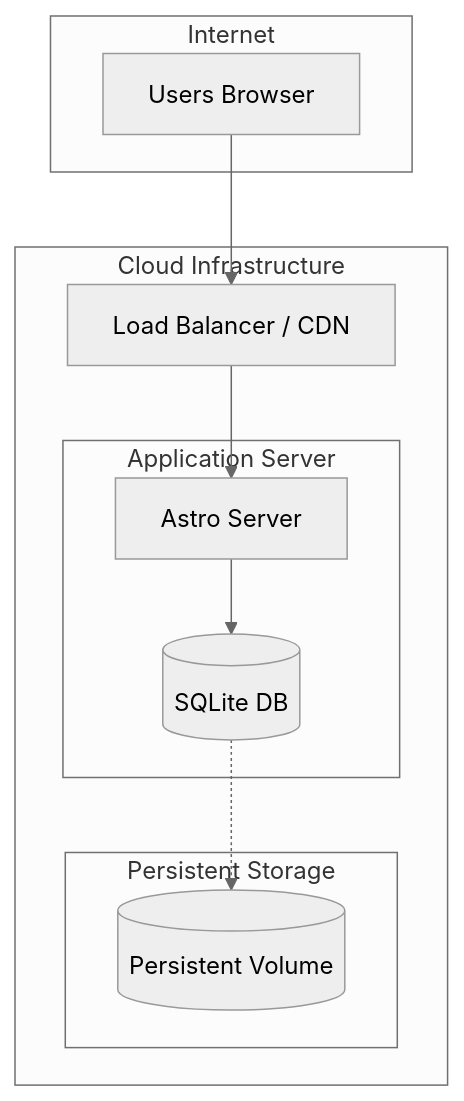
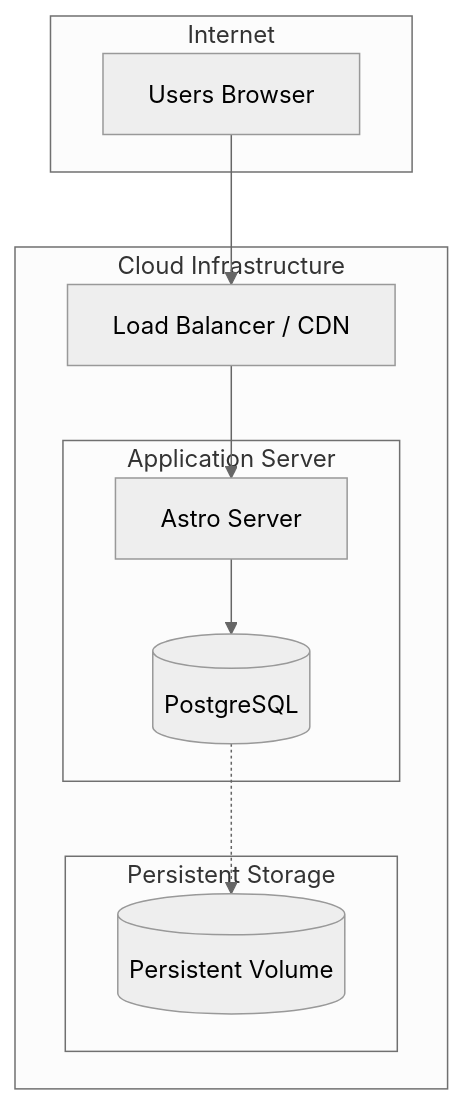
Before and after one commit to JensWinter/mse-radar: the tenth of 14 diagrams in docs/architecture_vision.md, drawn with Mermaid (neutral theme). The commit also changed other lines of this file and 5 other files, not shown here.

Commit message:
docs: update database references from SQLite to PostgreSQL

````diff
--- a/docs/architecture_vision.md
+++ b/docs/architecture_vision.md
@@ -441,24 +441,24 @@
 ```mermaid
 flowchart TB
     subgraph Internet
         USER[Users Browser]
     end
     
     subgraph Cloud["Cloud Infrastructure"]
         LB[Load Balancer / CDN]
         
         subgraph App["Application Server"]
             ASTRO[Astro Server]
-            DB[(SQLite DB)]
+            DB[(PostgreSQL)]
         end
         
         subgraph Storage["Persistent Storage"]
             VOL[(Persistent Volume)]
         end
     end
     
     USER --> LB
     LB --> ASTRO
     ASTRO --> DB
     DB -.-> VOL
 ```
````
